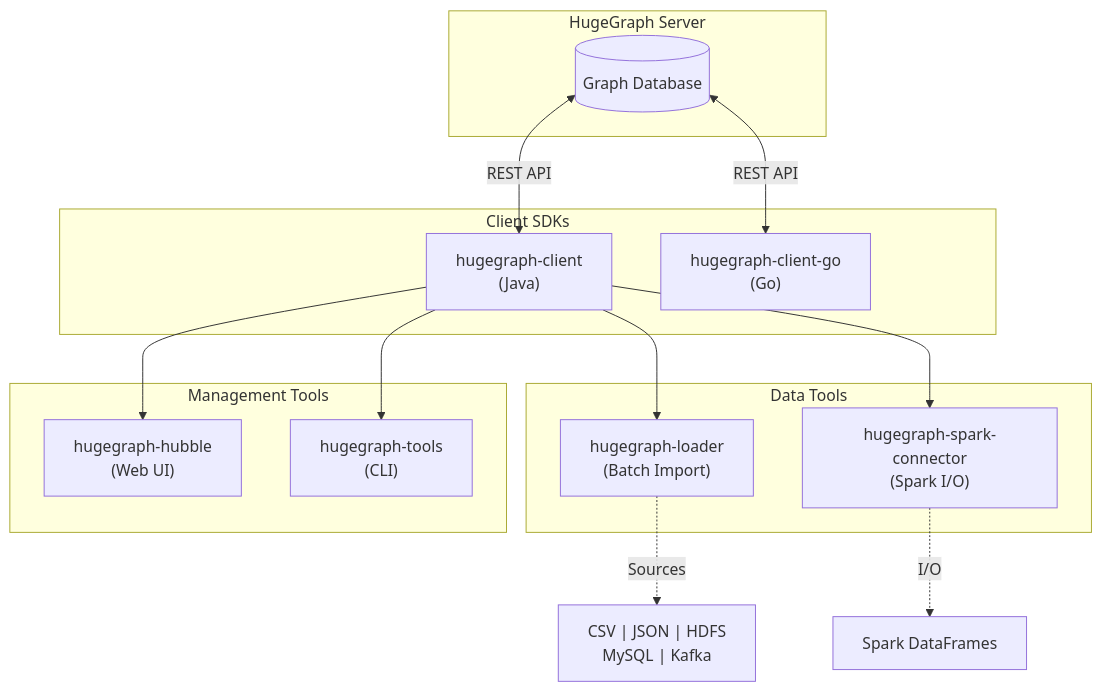
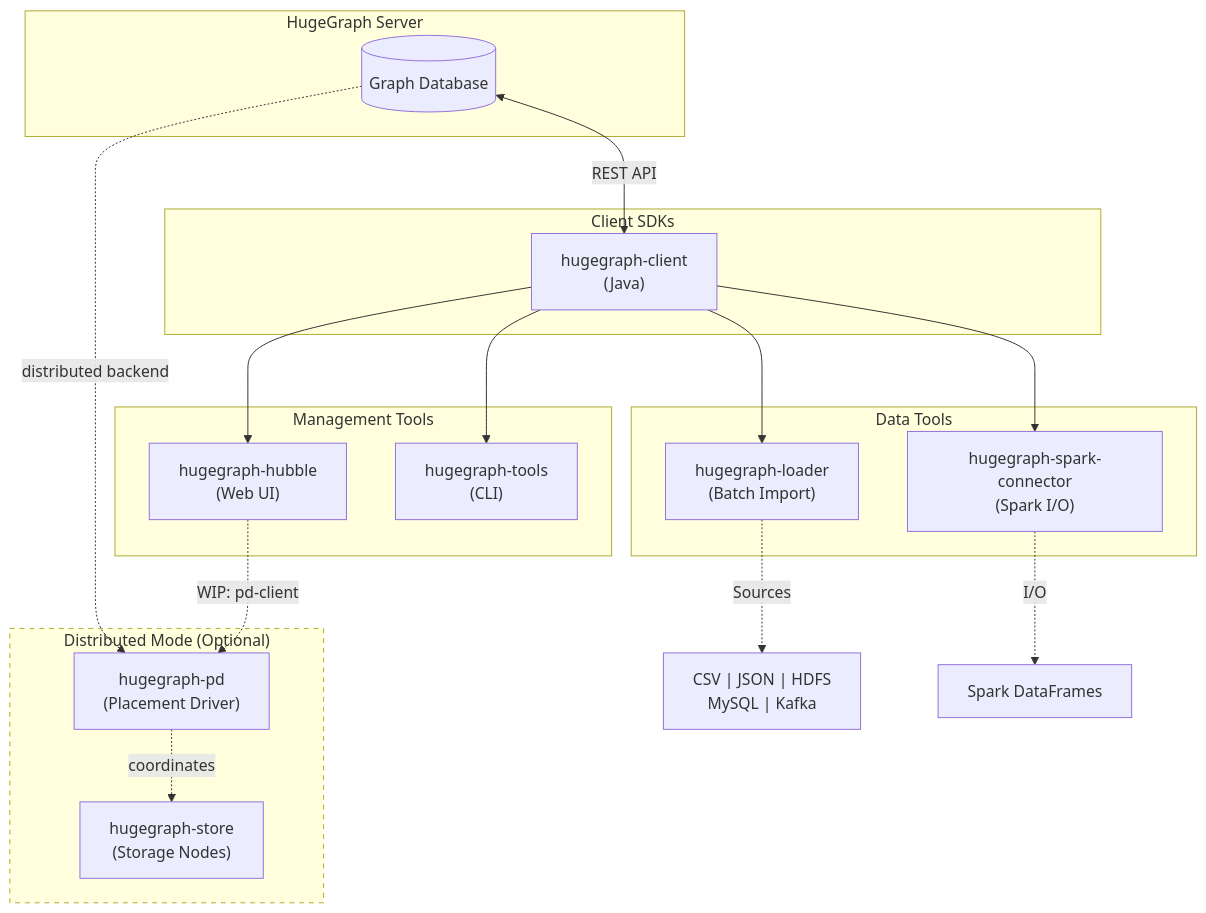
One commit to apache/incubator-hugegraph-toolchain changed the diagram in README.md. Above: the diagram before and after it, drawn with Mermaid. The commit also changed other lines of this file, not shown here.

````diff
--- a/README.md
+++ b/README.md
@@ -17,32 +17,40 @@
 ```mermaid
 graph TB
     subgraph server ["HugeGraph Server"]
         SERVER[("Graph Database")]
     end
 
+    subgraph distributed ["Distributed Mode (Optional)"]
+        PD["hugegraph-pd<br/>(Placement Driver)"]
+        STORE["hugegraph-store<br/>(Storage Nodes)"]
+    end
+
     subgraph clients ["Client SDKs"]
         CLIENT["hugegraph-client<br/>(Java)"]
-        CLIENT_GO["hugegraph-client-go<br/>(Go)"]
     end
 
     subgraph data ["Data Tools"]
         LOADER["hugegraph-loader<br/>(Batch Import)"]
         SPARK["hugegraph-spark-connector<br/>(Spark I/O)"]
     end
 
     subgraph mgmt ["Management Tools"]
         HUBBLE["hugegraph-hubble<br/>(Web UI)"]
         TOOLS["hugegraph-tools<br/>(CLI)"]
     end
 
     SERVER <-->|REST API| CLIENT
-    SERVER <-->|REST API| CLIENT_GO
+    PD -.->|coordinates| STORE
+    SERVER -.->|distributed backend| PD
 
     CLIENT --> LOADER
     CLIENT --> HUBBLE
     CLIENT --> TOOLS
     CLIENT --> SPARK
+    HUBBLE -.->|WIP: pd-client| PD
 
     LOADER -.->|Sources| SRC["CSV | JSON | HDFS<br/>MySQL | Kafka"]
     SPARK -.->|I/O| SPK["Spark DataFrames"]
+
+    style distributed stroke-dasharray: 5 5
 ```
````
